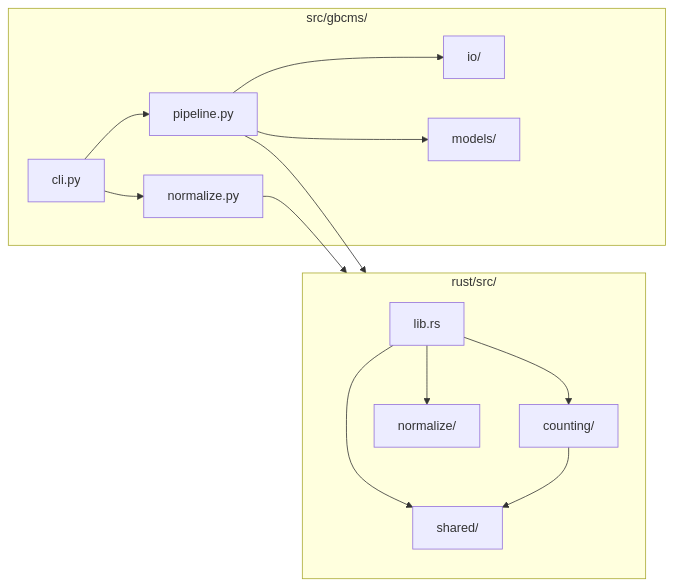
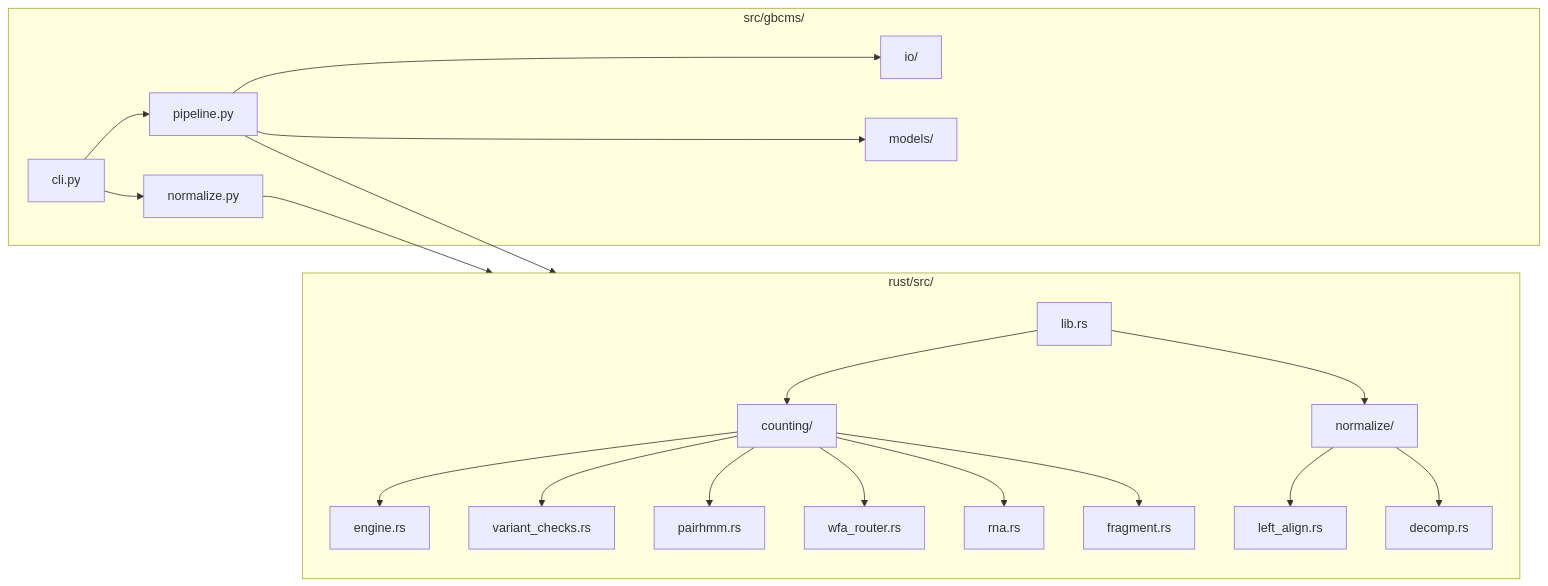
Before and after one commit to msk-access/gbcms: the first of 2 diagrams in docs/development/developer-guide.md, drawn with Mermaid. The commit also changed other lines of this file and 9 other files, not shown here.

````diff
--- a/docs/development/developer-guide.md
+++ b/docs/development/developer-guide.md
@@ -75,19 +75,25 @@
 ```mermaid
 flowchart LR
     subgraph Python["src/gbcms/"]
-        CLI[cli.py] --> Pipeline[pipeline.py]
-        CLI --> Normalize[normalize.py]
-        Pipeline --> IO[io/]
-        Pipeline --> Models[models/]
+        CLI["cli.py"] --> Pipeline["pipeline.py"]
+        CLI --> Normalize["normalize.py"]
+        Pipeline --> IO["io/"]
+        Pipeline --> Models["models/"]
     end
-    
+
     subgraph Rust["rust/src/"]
-        Lib[lib.rs] --> Shared["shared/"]
-        Lib --> Count["counting/"]
+        Lib["lib.rs"] --> Count["counting/"]
         Lib --> Norm["normalize/"]
-        Count --> Shared
+        Count --> Eng["engine.rs"]
+        Count --> VC["variant_checks.rs"]
+        Count --> PH["pairhmm.rs"]
+        Count --> WFA["wfa_router.rs"]
+        Count --> RNA["rna.rs"]
+        Count --> Frag["fragment.rs"]
+        Norm --> LA["left_align.rs"]
+        Norm --> DC["decomp.rs"]
     end
-    
+
     Pipeline --> Rust
     Normalize --> Rust
 ```
````
